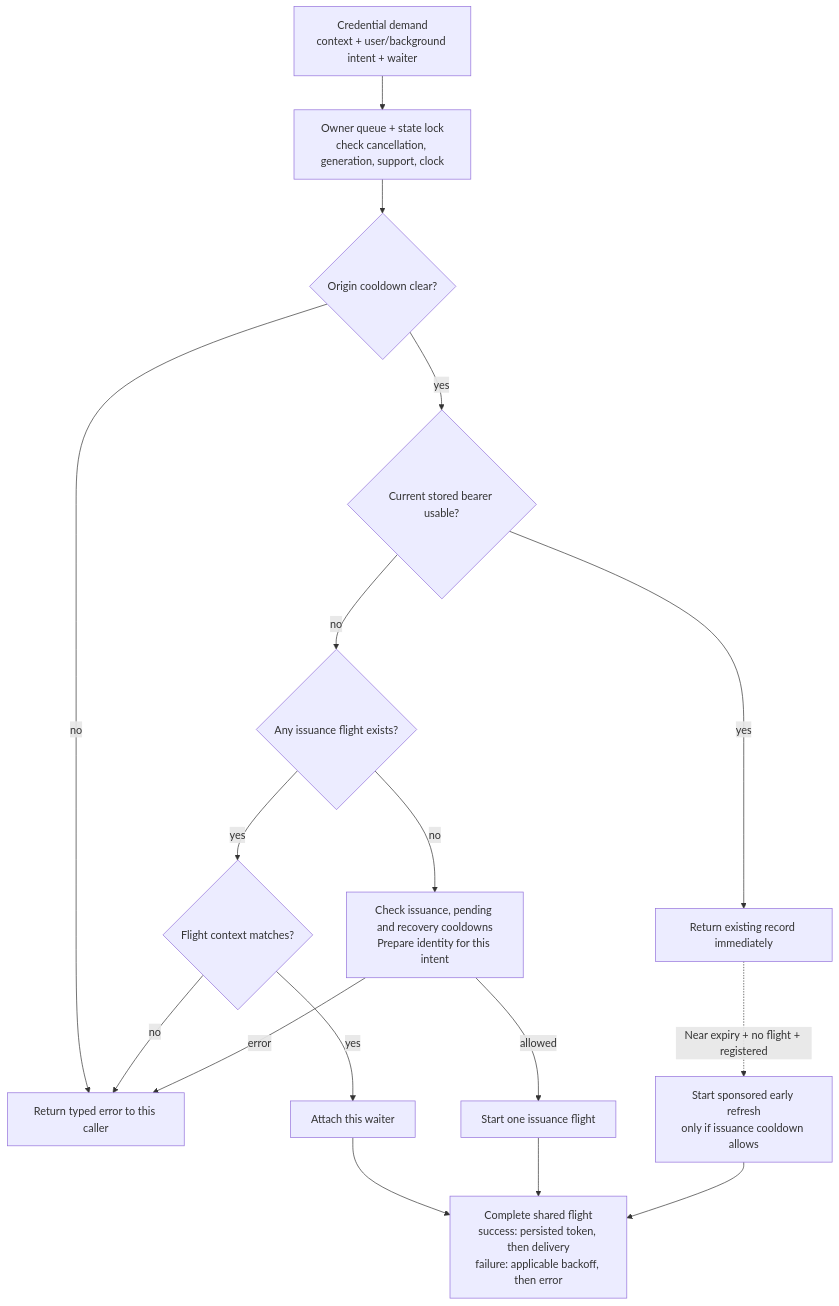
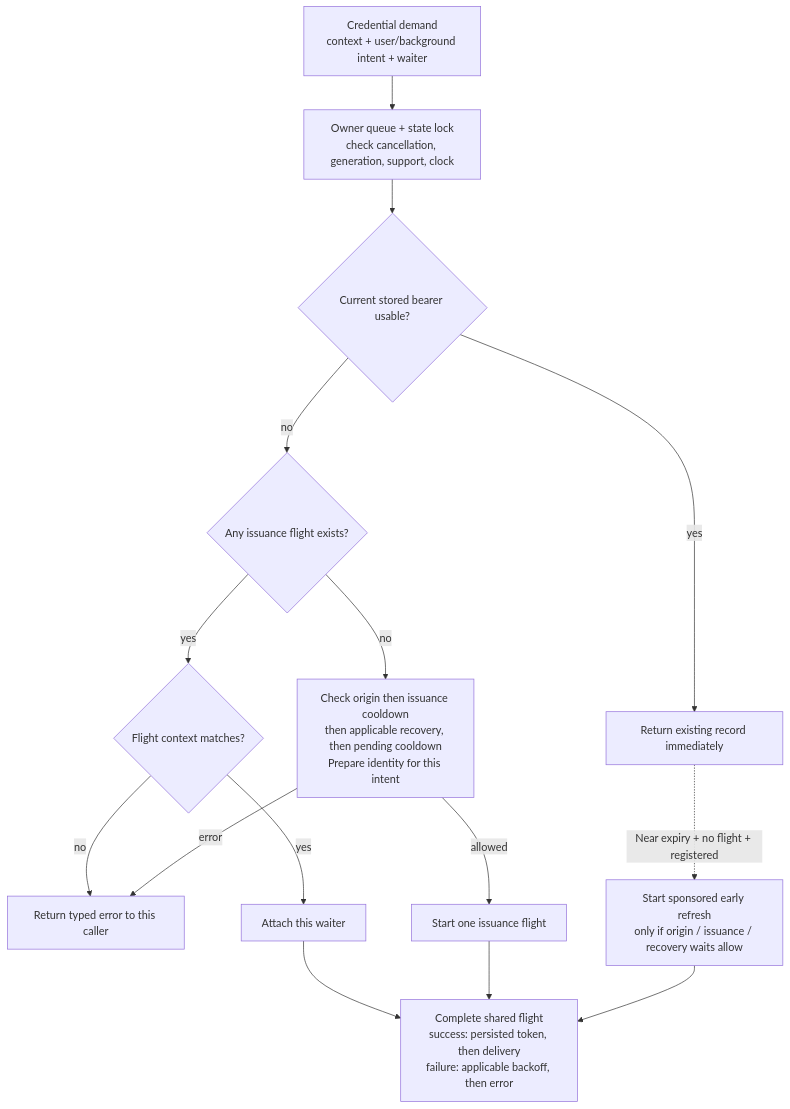
The fifth of 8 diagrams in .claude/docs/architecture/novaauth-client-diagrams.md (novasamatech/nova-wallet-ios), drawn with Mermaid before and after one commit. The commit also changed other lines of this file and 6 other files, not shown here.

````diff
--- a/.claude/docs/architecture/novaauth-client-diagrams.md
+++ b/.claude/docs/architecture/novaauth-client-diagrams.md
@@ -156,19 +187,17 @@
 ```mermaid
 flowchart TB
   D["Credential demand<br/>context + user/background intent + waiter"] --> G["Owner queue + state lock<br/>check cancellation, generation, support, clock"]
-  G --> O{"Origin cooldown clear?"}
-  O -- no --> FAIL["Return typed error to this caller"]
-  O -- yes --> VALID{"Current stored bearer usable?"}
+  G --> VALID{"Current stored bearer usable?"}
   VALID -- yes --> RETURN["Return existing record immediately"]
   VALID -- no --> FL{"Any issuance flight exists?"}
   FL -- yes --> MATCH{"Flight context matches?"}
-  MATCH -- no --> FAIL
+  MATCH -- no --> FAIL["Return typed error to this caller"]
   MATCH -- yes --> JOIN["Attach this waiter"]
-  FL -- no --> IC["Check issuance, pending and recovery cooldowns<br/>Prepare identity for this intent"]
+  FL -- no --> IC["Check origin then issuance cooldown<br/>then applicable recovery, then pending cooldown<br/>Prepare identity for this intent"]
   IC -- error --> FAIL
   IC -- allowed --> START["Start one issuance flight"]
   JOIN --> DONE["Complete shared flight<br/>success: persisted token, then delivery<br/>failure: applicable backoff, then error"]
   START --> DONE
-  RETURN -. "Near expiry + no flight + registered" .-> EARLY["Start sponsored early refresh<br/>only if issuance cooldown allows"]
+  RETURN -. "Near expiry + no flight + registered" .-> EARLY["Start sponsored early refresh<br/>only if origin / issuance / recovery waits allow"]
   EARLY --> DONE
 ```
````
